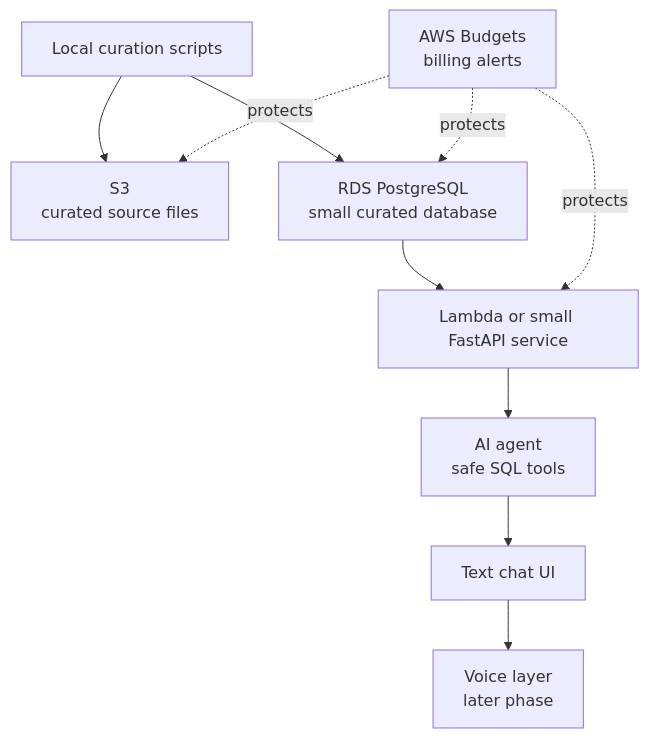
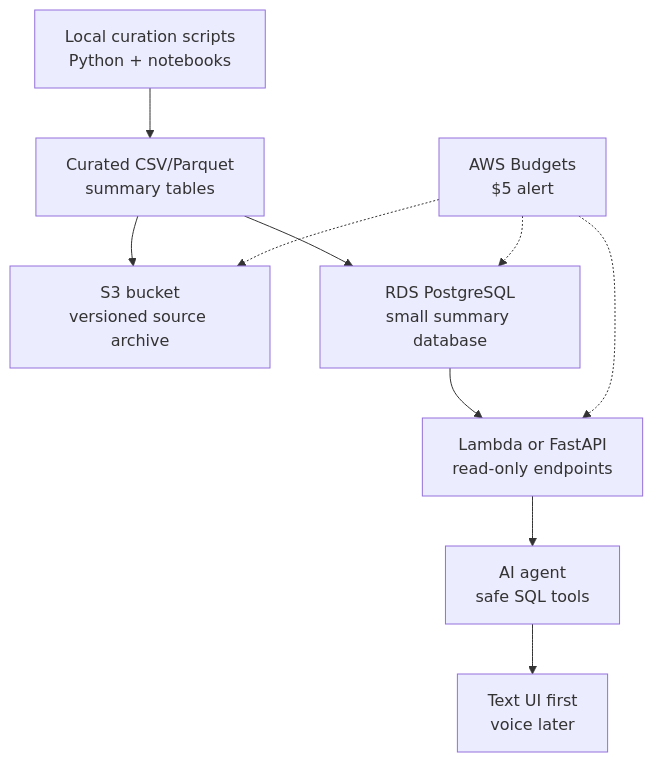
Before and after one commit to Caffeinated-Code/oncoomics-agent: the diagram in docs/aws-primer.md, drawn with Mermaid. The commit also changed other lines of this file and 7 other files, not shown here.

````diff
--- a/docs/aws-primer.md
+++ b/docs/aws-primer.md
@@ -21,12 +29,12 @@
 ```mermaid
 flowchart TB
-    Local["Local curation scripts"] --> S3["S3<br/>curated source files"]
-    Local --> RDS["RDS PostgreSQL<br/>small curated database"]
-    RDS --> API["Lambda or small FastAPI service"]
+    Local["Local curation scripts<br/>Python + notebooks"] --> Files["Curated CSV/Parquet<br/>summary tables"]
+    Files --> S3["S3 bucket<br/>versioned source archive"]
+    Files --> DB["RDS PostgreSQL<br/>small summary database"]
+    DB --> API["Lambda or FastAPI<br/>read-only endpoints"]
     API --> Agent["AI agent<br/>safe SQL tools"]
-    Agent --> UI["Text chat UI"]
-    UI --> Voice["Voice layer<br/>later phase"]
-    Budget["AWS Budgets<br/>billing alerts"] -. protects .-> S3
-    Budget -. protects .-> RDS
-    Budget -. protects .-> API
+    Agent --> UI["Text UI first<br/>voice later"]
+    Budget["AWS Budgets<br/>$5 alert"] -.-> S3
+    Budget -.-> DB
+    Budget -.-> API
 ```
````
